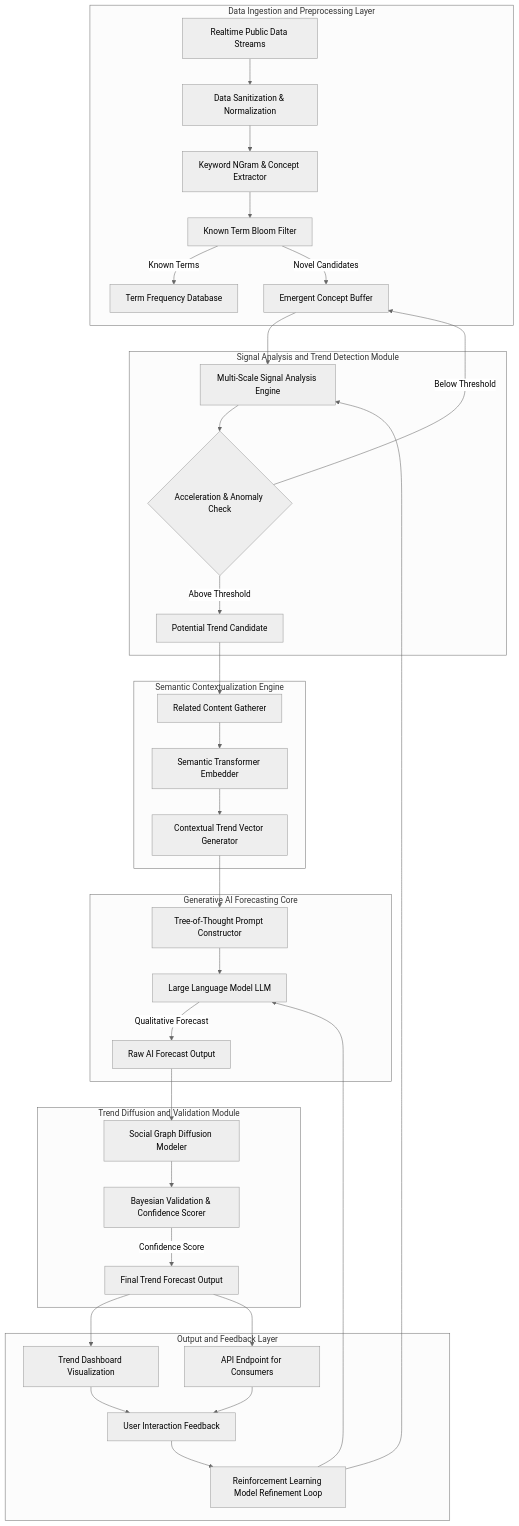
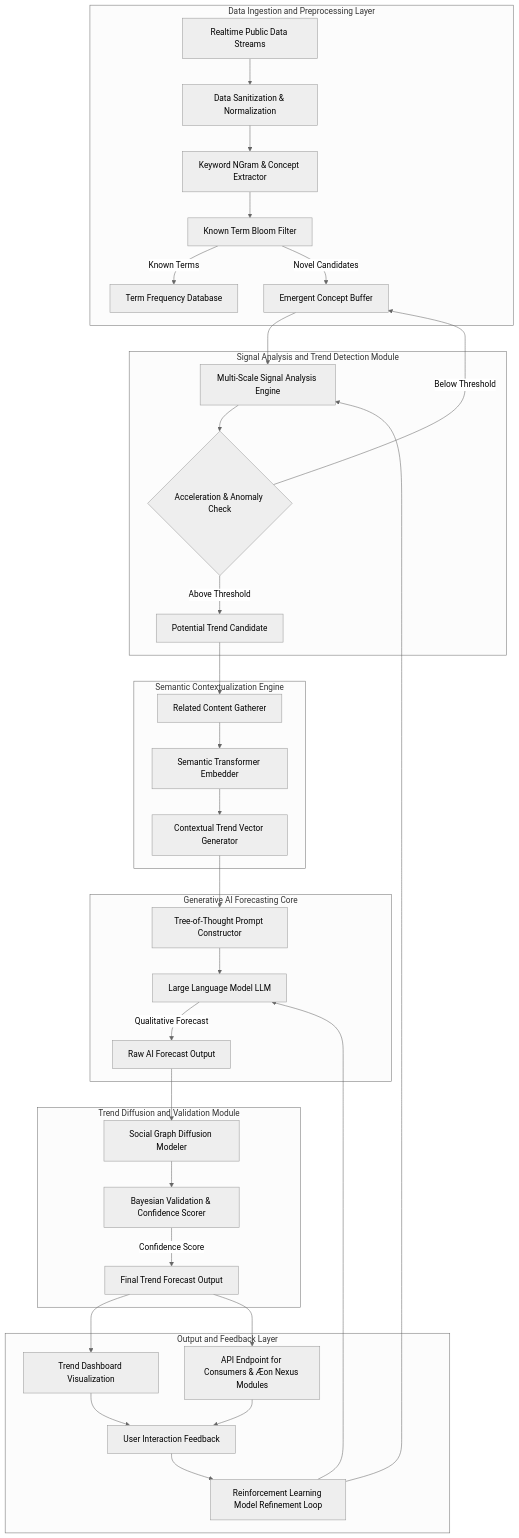
Before and after one commit to diplomat-bit/Citibank_Demo_Business_Inc_Demonstration-: diagram 13 of 22 in inventions/095_predictive_social_trend_analysis.md, drawn with Mermaid (neutral theme). The commit also changed other lines of this file, not shown here.

````diff
--- a/inventions/095_predictive_social_trend_analysis.md
+++ b/inventions/095_predictive_social_trend_analysis.md
@@ -28,45 +440,45 @@
 ```mermaid
 graph TD
     subgraph Data Ingestion and Preprocessing Layer
         A[Realtime Public Data Streams] --> B[Data Sanitization & Normalization]
         B --> C[Keyword NGram & Concept Extractor]
         C --> D[Known Term Bloom Filter]
         D -- Known Terms --> E[Term Frequency Database]
         D -- Novel Candidates --> F[Emergent Concept Buffer]
     end
 
     subgraph Signal Analysis and Trend Detection Module
         F --> G[Multi-Scale Signal Analysis Engine]
         G --> H{Acceleration & Anomaly Check}
         H -- Below Threshold --> F
         H -- Above Threshold --> I[Potential Trend Candidate]
     end
 
     subgraph Semantic Contextualization Engine
         I --> J[Related Content Gatherer]
         J --> K[Semantic Transformer Embedder]
         K --> L[Contextual Trend Vector Generator]
     end
 
     subgraph Generative AI Forecasting Core
         L --> M[Tree-of-Thought Prompt Constructor]
         M --> N[Large Language Model LLM]
         N -- Qualitative Forecast --> O[Raw AI Forecast Output]
     end
 
     subgraph Trend Diffusion and Validation Module
         O --> P[Social Graph Diffusion Modeler]
         P --> Q[Bayesian Validation & Confidence Scorer]
         Q -- Confidence Score --> R[Final Trend Forecast Output]
     end
 
     subgraph Output and Feedback Layer
         R --> S[Trend Dashboard Visualization]
-        R --> T[API Endpoint for Consumers]
+        R --> T[API Endpoint for Consumers & Æon Nexus Modules]
         S --> U[User Interaction Feedback]
         T --> U
         U --> V[Reinforcement Learning Model Refinement Loop]
         V --> G
         V --> N
     end
 ```
````
